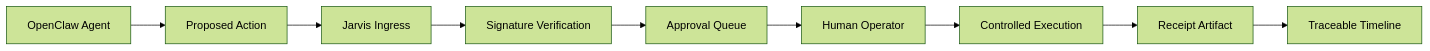
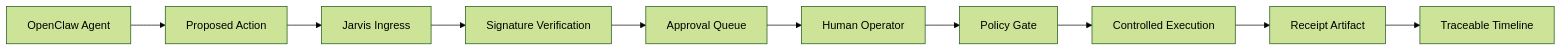
Before and after one commit to GitBenTank/jarvis-hud: the first of 2 diagrams in README.md, drawn with Mermaid (forest theme). The commit also changed other lines of this file and 1 other file, not shown here.

First line of the commit message:
docs: add policy layer to architecture — gate before execution

````diff
--- a/README.md
+++ b/README.md
@@ -178,11 +183,12 @@
 ```mermaid
 flowchart LR
     A[OpenClaw Agent] --> B[Proposed Action]
     B --> C[Jarvis Ingress]
     C --> D[Signature Verification]
     D --> E[Approval Queue]
     E --> F[Human Operator]
-    F --> G[Controlled Execution]
+    F --> P[Policy Gate]
+    P --> G[Controlled Execution]
     G --> H[Receipt Artifact]
     H --> I[Traceable Timeline]
 ```
````
